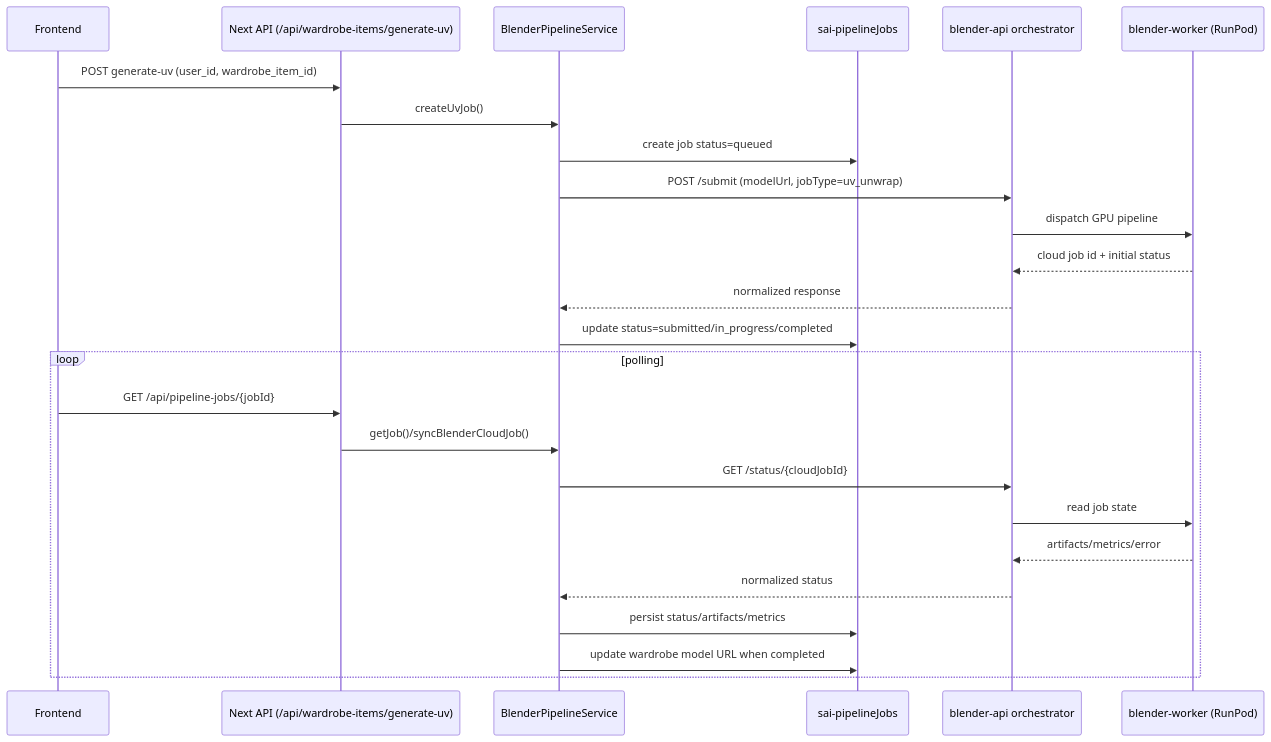
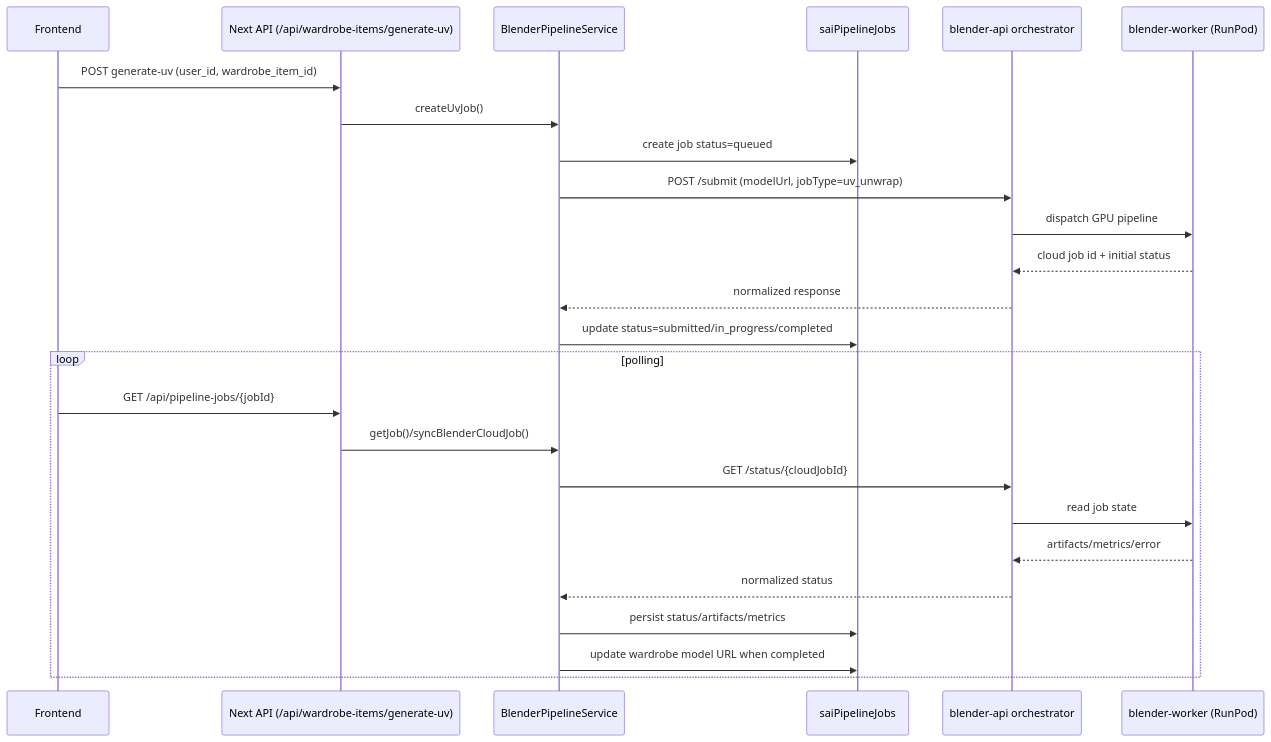
Before and after one commit to MatheusHaliski/SAI-TCC-2026: the second of 4 diagrams in docs/project-collections-api-workflow.md, drawn with Mermaid. The commit also changed other lines of this file and 52 other files, not shown here.

````diff
--- a/docs/project-collections-api-workflow.md
+++ b/docs/project-collections-api-workflow.md
@@ -269,29 +269,29 @@
 ```mermaid
 sequenceDiagram
   participant UI as Frontend
   participant APP as Next API (/api/wardrobe-items/generate-uv)
   participant BPS as BlenderPipelineService
-  participant DB as sai-pipelineJobs
+  participant DB as saiPipelineJobs
   participant ORCH as blender-api orchestrator
   participant W as blender-worker (RunPod)
 
   UI->>APP: POST generate-uv (user_id, wardrobe_item_id)
   APP->>BPS: createUvJob()
   BPS->>DB: create job status=queued
   BPS->>ORCH: POST /submit (modelUrl, jobType=uv_unwrap)
   ORCH->>W: dispatch GPU pipeline
   W-->>ORCH: cloud job id + initial status
   ORCH-->>BPS: normalized response
   BPS->>DB: update status=submitted/in_progress/completed
 
   loop polling
     UI->>APP: GET /api/pipeline-jobs/{jobId}
     APP->>BPS: getJob()/syncBlenderCloudJob()
     BPS->>ORCH: GET /status/{cloudJobId}
     ORCH->>W: read job state
     W-->>ORCH: artifacts/metrics/error
     ORCH-->>BPS: normalized status
     BPS->>DB: persist status/artifacts/metrics
     BPS->>DB: update wardrobe model URL when completed
   end
 ```
````
